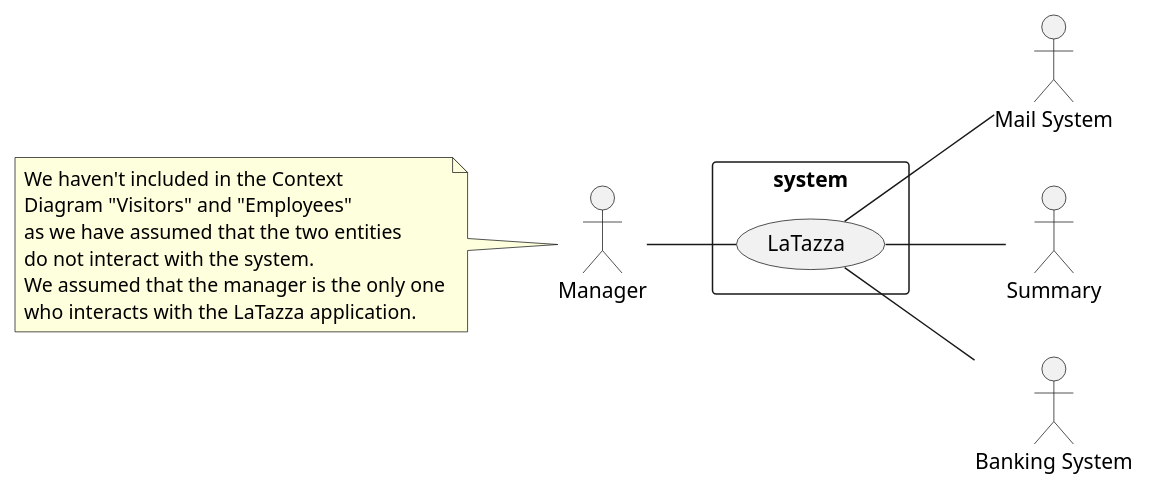
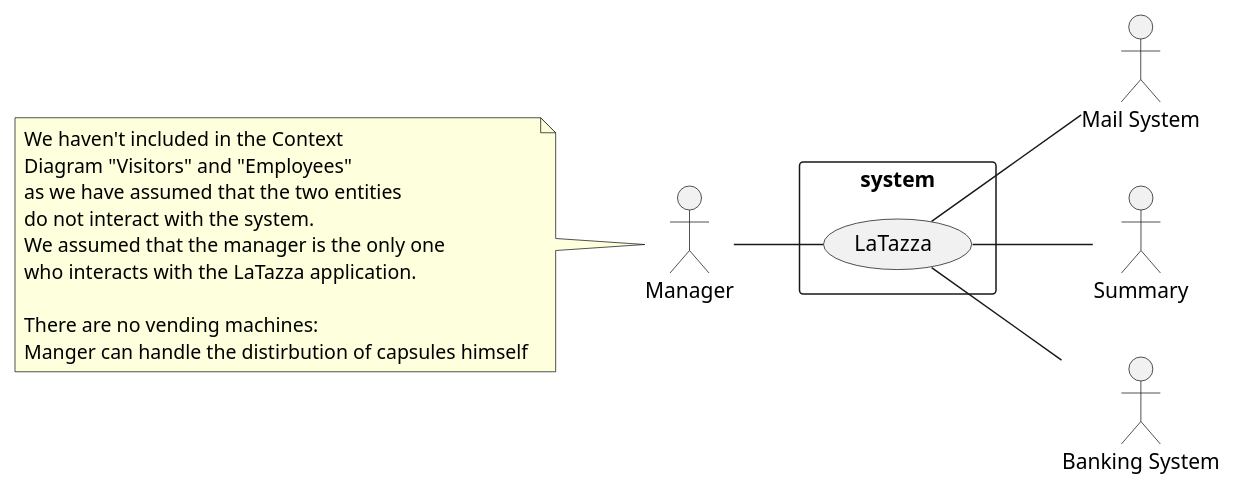
Before and after one commit to DarkSee/LaTazza: the first of 4 diagrams in templates/RequirementsTemplate.md, drawn with PlantUML.

Commit message:
Update notes in the Context Diagram

````diff
--- a/templates/RequirementsTemplate.md
+++ b/templates/RequirementsTemplate.md
@@ -47,30 +47,33 @@
 ```plantuml
 left to right direction
 skinparam packageStyle rectangle
 
 actor Manager as M
 note left
         We haven't included in the Context
         Diagram "Visitors" and "Employees" 
         as we have assumed that the two entities
         do not interact with the system.
         We assumed that the manager is the only one
         who interacts with the LaTazza application.
+        
+        There are no vending machines:
+        Manger can handle the distirbution of capsules himself 
 end note
 
 actor "Mail System" as MS
 actor Summary as S
 actor "Banking System" as BS
 
 
 rectangle system {
   (LaTazza) as LT
    M -- LT
    LT -- S
    LT -- MS
    LT -- BS
     
 }
 
 
 ```
````
